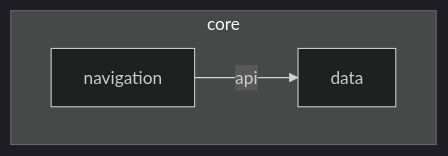
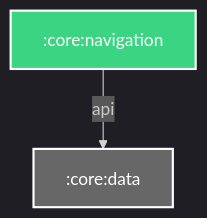
The diagram in core/navigation/README.md (Dussim/cv-app), drawn with Mermaid before and after one commit. The commit also changed 34 other files, not shown here.

````diff
--- a/core/navigation/README.md
+++ b/core/navigation/README.md
@@ -3,14 +3,16 @@
 ```mermaid
 %%{
   init: {
     'theme': 'dark'
   }
 }%%
 
 graph TB
-  subgraph core
-    data
-    navigation
-  end
-  navigation -- api --> data
+  :core:navigation -- api --> :core:data
+
+classDef android-library fill:#3BD482,stroke:#fff,stroke-width:2px,color:#fff;
+classDef unknown fill:#676767,stroke:#fff,stroke-width:2px,color:#fff;
+class :core:navigation android-library
+class :core:data unknown
+
 ```
````
